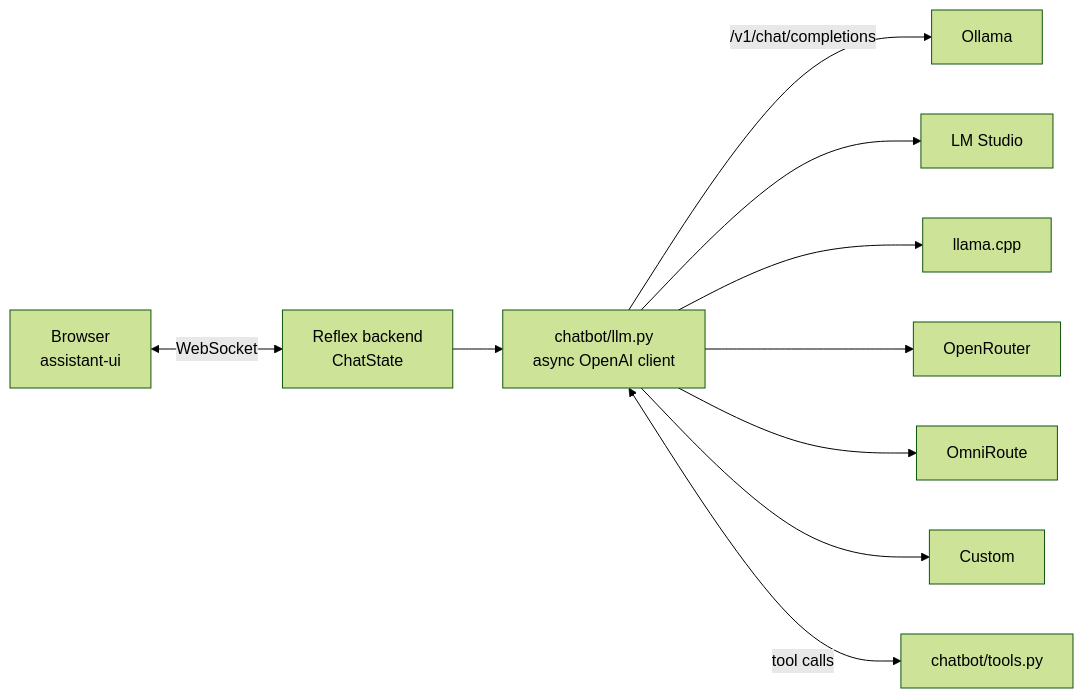
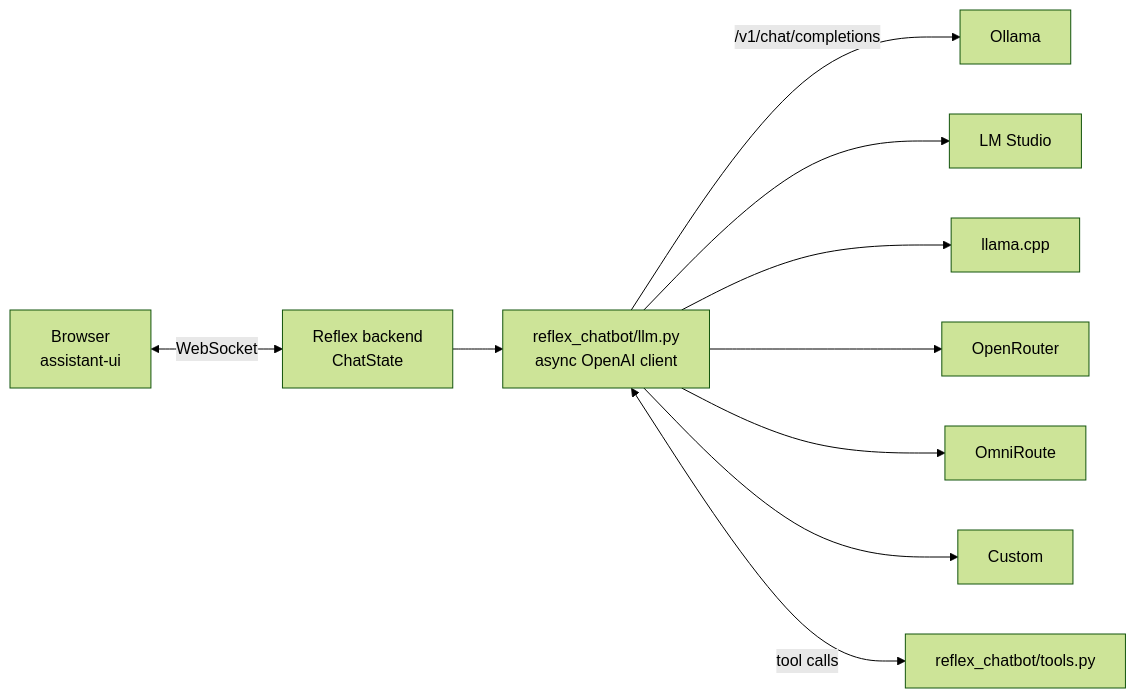
One commit to ecrespo/chatbot changed the diagram in README.md. Above: the diagram before and after it, drawn with Mermaid (forest theme). The commit also changed other lines of this file and 27 other files, not shown here.

````diff
--- a/README.md
+++ b/README.md
@@ -58,12 +83,12 @@
 ```mermaid
 flowchart LR
     B[Browser<br/>assistant-ui] <-- WebSocket --> S[Reflex backend<br/>ChatState]
-    S --> L[chatbot/llm.py<br/>async OpenAI client]
+    S --> L[reflex_chatbot/llm.py<br/>async OpenAI client]
     L -->|/v1/chat/completions| O[Ollama]
     L --> M[LM Studio]
     L --> C[llama.cpp]
     L --> R[OpenRouter]
     L --> X[OmniRoute]
     L --> Y[Custom]
-    L <-->|tool calls| T[chatbot/tools.py]
+    L <-->|tool calls| T[reflex_chatbot/tools.py]
 ```
````
